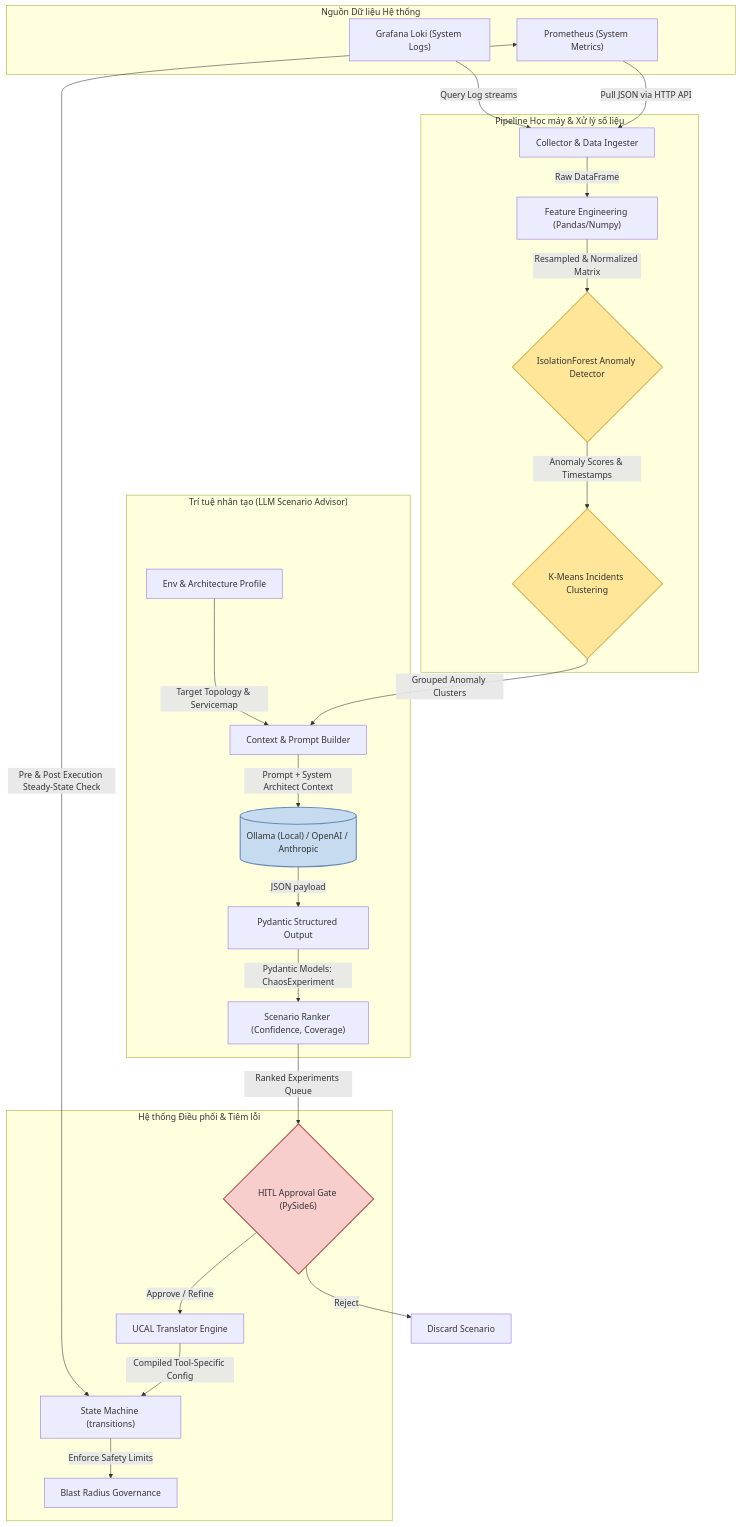
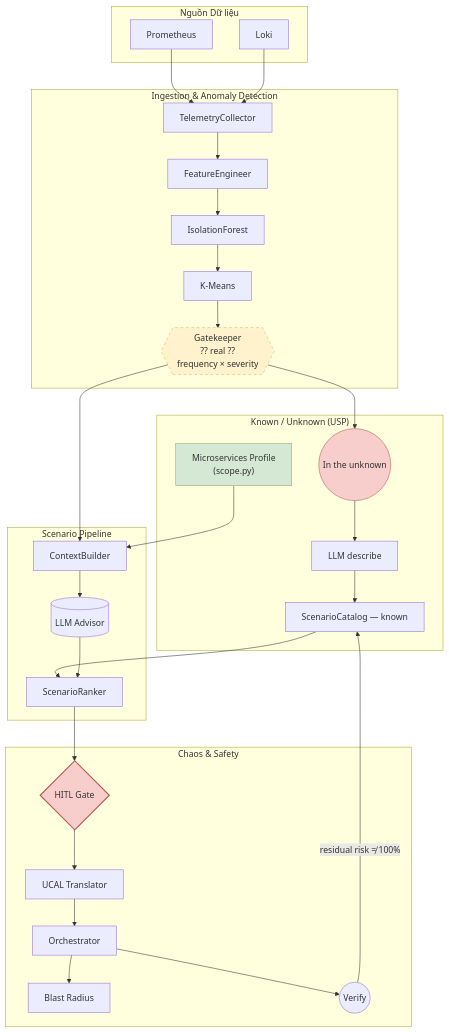
The second of 10 diagrams in PROJECT_PROPOSAL.md (minhduckd5/AIO-Chaos-Tool), drawn with Mermaid before and after one commit. The commit also changed other lines of this file and 32 other files, not shown here.

Commit message:
feat: telemetry GUI, live/export ingestion, and OpenAI-router support

````diff
--- a/PROJECT_PROPOSAL.md
+++ b/PROJECT_PROPOSAL.md
@@ -143,60 +149,55 @@
 ```mermaid
 flowchart TD
-    %% Data Sources
-    subgraph Sources["Nguồn Dữ liệu Hệ thống"]
-        Metrics["Prometheus (System Metrics)"]
-        Logs["Grafana Loki (System Logs)"]
+    subgraph Sources["Nguồn Dữ liệu"]
+        Metrics["Prometheus"]
+        Logs["Loki"]
     end
 
-    %% Ingestion & ML Pipeline
-    subgraph ML_Pipe["Pipeline Học máy & Xử lý số liệu"]
-        Ingester["Collector & Data Ingester"]
-        FeatureEng["Feature Engineering (Pandas/Numpy)"]
-        IsoForest{"IsolationForest Anomaly Detector"}
-        KMeans{"K-Means Incidents Clustering"}
+    subgraph ML_Pipe["Ingestion & Anomaly Detection"]
+        Ingester["TelemetryCollector"]
+        FeatureEng["FeatureEngineer"]
+        IsoForest["IsolationForest"]
+        KMeans["K-Means"]
+        Gatekeeper{{"Gatekeeper<br/>?? real ??<br/>frequency × severity"}}
     end
 
-    %% AI Generation
-    subgraph AI_Core["Trí tuệ nhân tạo (LLM Scenario Advisor)"]
-        ArchProbe["Env & Architecture Profile"]
-        ContextBuilder["Context & Prompt Builder"]
-        LLM[("Ollama (Local) / OpenAI / Anthropic")]
-        Instructor["Pydantic Structured Output"]
-        Ranker["Scenario Ranker (Confidence, Coverage)"]
+    subgraph Knowledge["Known / Unknown (USP)"]
+        Scope["Microservices Profile<br/>(scope.py)"]
+        Describe["LLM describe"]
+        Catalog["ScenarioCatalog — known"]
+        Unknown(("In the unknown"))
     end
 
-    %% Execution Gateway
-    subgraph Execution["Hệ thống Điều phối & Tiêm lỗi"]
-        HITL{"HITL Approval Gate (PySide6)"}
-        UCAL_Trans["UCAL Translator Engine"]
-        Orchestrator["State Machine (transitions)"]
-        SafetyGov["Blast Radius Governance"]
+    subgraph AI_Core["Scenario Pipeline"]
+        ContextBuilder["ContextBuilder"]
+        LLM[("LLM Advisor")]
+        Ranker["ScenarioRanker"]
     end
 
-    %% Flow lines
-    Metrics -->|Pull JSON via HTTP API| Ingester
-    Logs -->|Query Log streams| Ingester
-    
-    Ingester -->|Raw DataFrame| FeatureEng
-    FeatureEng -->|Resampled & Normalized Matrix| IsoForest
-    IsoForest -->|Anomaly Scores & Timestamps| KMeans
-    KMeans -->|Grouped Anomaly Clusters| ContextBuilder
-    
-    ArchProbe -->|Target Topology & Servicemap| ContextBuilder
-    ContextBuilder -->|Prompt + System Architect Context| LLM
-    LLM -->|JSON payload| Instructor
-    Instructor -->|Pydantic Models: ChaosExperiment| Ranker
-    Ranker -->|Ranked Experiments Queue| HITL
-    
-    HITL -->|Approve / Refine| UCAL_Trans
-    HITL -->|Reject| RejectQueue["Discard Scenario"]
-    
-    UCAL_Trans -->|Compiled Tool-Specific Config| Orchestrator
-    Orchestrator <-->|Pre & Post Execution Steady-State Check| Metrics
-    Orchestrator -->|Enforce Safety Limits| SafetyGov
-    
-    style IsoForest fill:#ffe699,stroke:#d6b656,stroke-width:2px;
-    style KMeans fill:#ffe699,stroke:#d6b656,stroke-width:2px;
-    style LLM fill:#c6dbf0,stroke:#688bb6,stroke-width:2px;
-    style HITL fill:#f8cecc,stroke:#b85450,stroke-width:2px;
+    subgraph Execution["Chaos & Safety"]
+        HITL{"HITL Gate"}
+        UCAL_Trans["UCAL Translator"]
+        Orchestrator["Orchestrator"]
+        SafetyGov["Blast Radius"]
+        Verify(("Verify"))
+    end
+
+    Metrics --> Ingester
+    Logs --> Ingester
+    Ingester --> FeatureEng --> IsoForest --> KMeans --> Gatekeeper
+    Gatekeeper --> Unknown
+    Unknown --> Describe --> Catalog
+    Scope --> ContextBuilder
+    Catalog --> Ranker
+    Gatekeeper --> ContextBuilder
+    ContextBuilder --> LLM --> Ranker --> HITL
+    HITL --> UCAL_Trans --> Orchestrator
+    Orchestrator --> Verify
+    Orchestrator --> SafetyGov
+    Verify -->|residual risk ≠ 100%| Catalog
+
+    style Gatekeeper fill:#fff2cc,stroke:#d6b656,stroke-dasharray: 5 5
+    style Unknown fill:#f8cecc,stroke:#b85450
+    style HITL fill:#f8cecc,stroke:#b85450,stroke-width:2px
+    style Scope fill:#d5e8d4,stroke:#82b366
 ```
````
